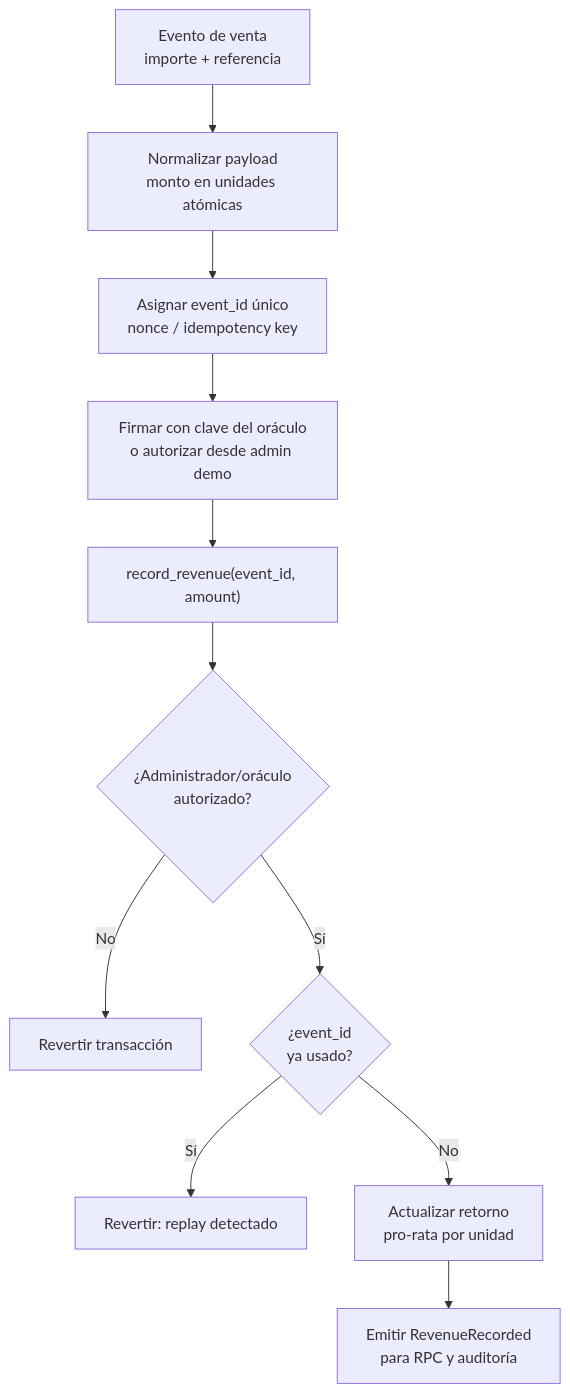
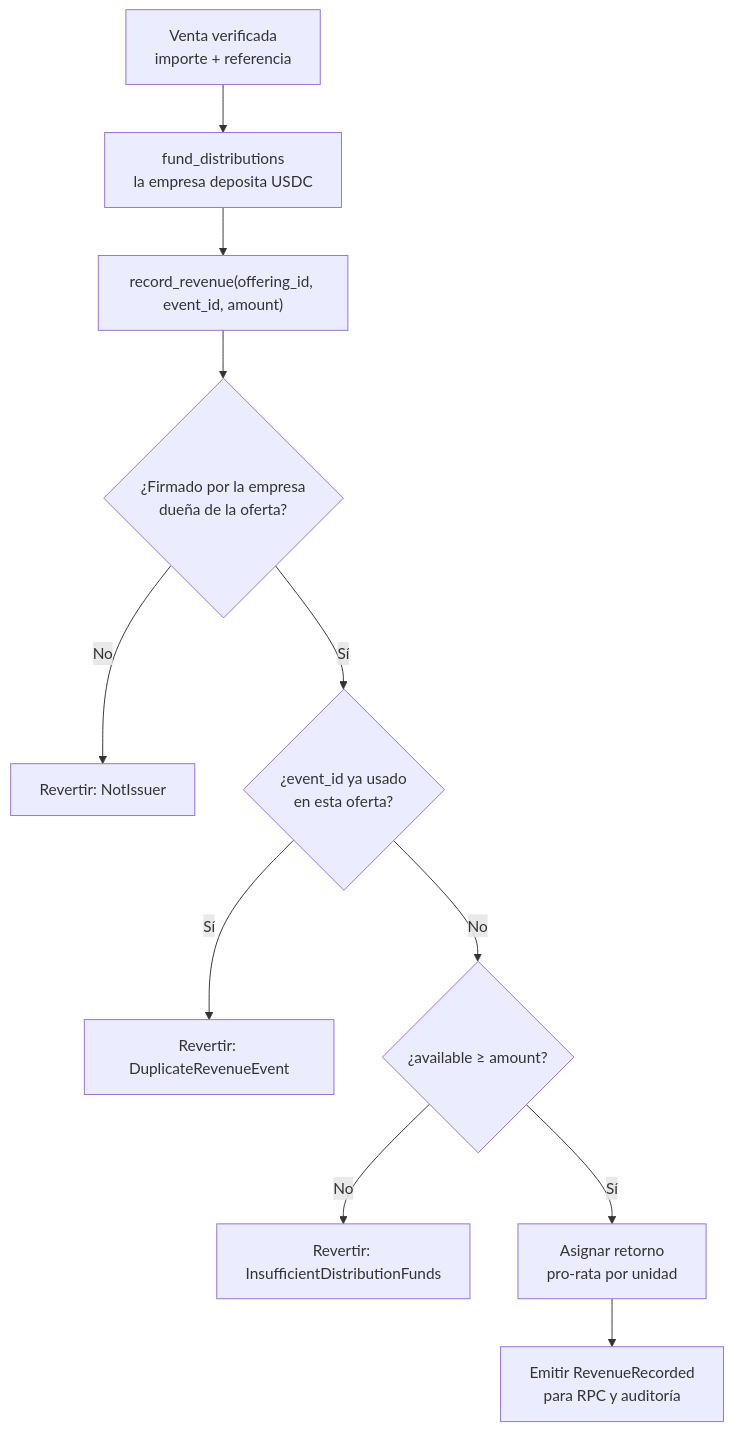
The fifth of 8 diagrams in docs/architecture/minka-capital-system-flow.md (giano-montano/minka-capital), drawn with Mermaid before and after one commit. The commit also changed other lines of this file and 4 other files, not shown here.

First line of the commit message:
docs: align architecture, spec and handoff with the multi-offering MVP

````diff
--- a/docs/architecture/minka-capital-system-flow.md
+++ b/docs/architecture/minka-capital-system-flow.md
@@ -142,13 +166,13 @@
 ```mermaid
 flowchart TD
-    Sale["Evento de venta\nimporte + referencia"] --> Normalize["Normalizar payload\nmonto en unidades atómicas"]
-    Normalize --> Nonce["Asignar event_id único\nnonce / idempotency key"]
-    Nonce --> Sign["Firmar con clave del oráculo\no autorizar desde admin demo"]
-    Sign --> Submit["record_revenue(event_id, amount)"]
-    Submit --> CheckAuth{"¿Administrador/oráculo\nautorizado?"}
-    CheckAuth -->|"No"| RejectAuth["Revertir transacción"]
-    CheckAuth -->|"Sí"| CheckNonce{"¿event_id\nya usado?"}
-    CheckNonce -->|"Sí"| RejectReplay["Revertir: replay detectado"]
-    CheckNonce -->|"No"| Distribute["Actualizar retorno\npro-rata por unidad"]
+    Sale["Venta verificada\nimporte + referencia"] --> Fund["fund_distributions\nla empresa deposita USDC"]
+    Fund --> Submit["record_revenue(offering_id, event_id, amount)"]
+    Submit --> CheckAuth{"¿Firmado por la empresa\ndueña de la oferta?"}
+    CheckAuth -->|"No"| RejectAuth["Revertir: NotIssuer"]
+    CheckAuth -->|"Sí"| CheckNonce{"¿event_id ya usado\nen esta oferta?"}
+    CheckNonce -->|"Sí"| RejectReplay["Revertir: DuplicateRevenueEvent"]
+    CheckNonce -->|"No"| CheckFunds{"¿available ≥ amount?"}
+    CheckFunds -->|"No"| RejectFunds["Revertir: InsufficientDistributionFunds"]
+    CheckFunds -->|"Sí"| Distribute["Asignar retorno\npro-rata por unidad"]
     Distribute --> Emit["Emitir RevenueRecorded\npara RPC y auditoría"]
 ```
````
